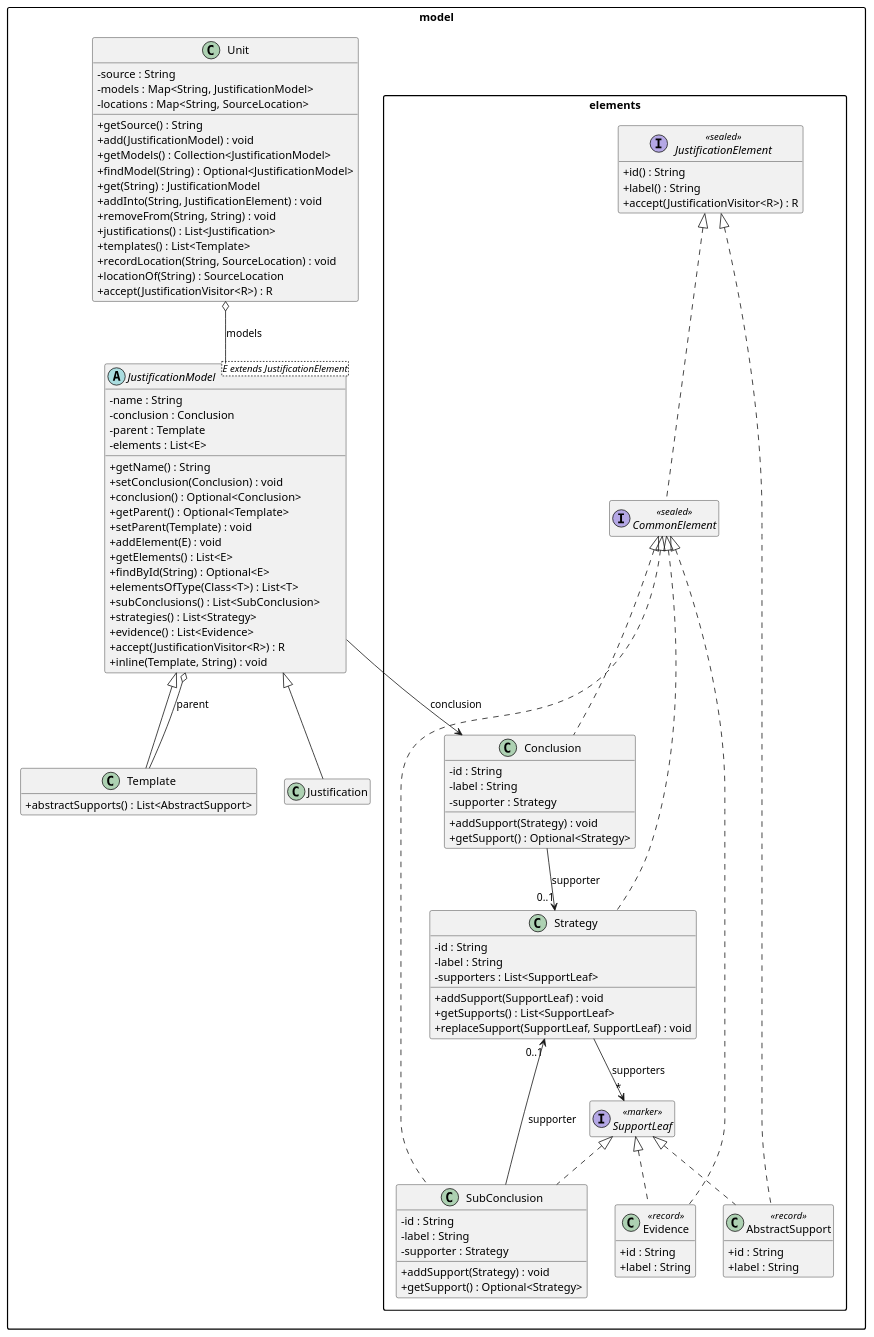
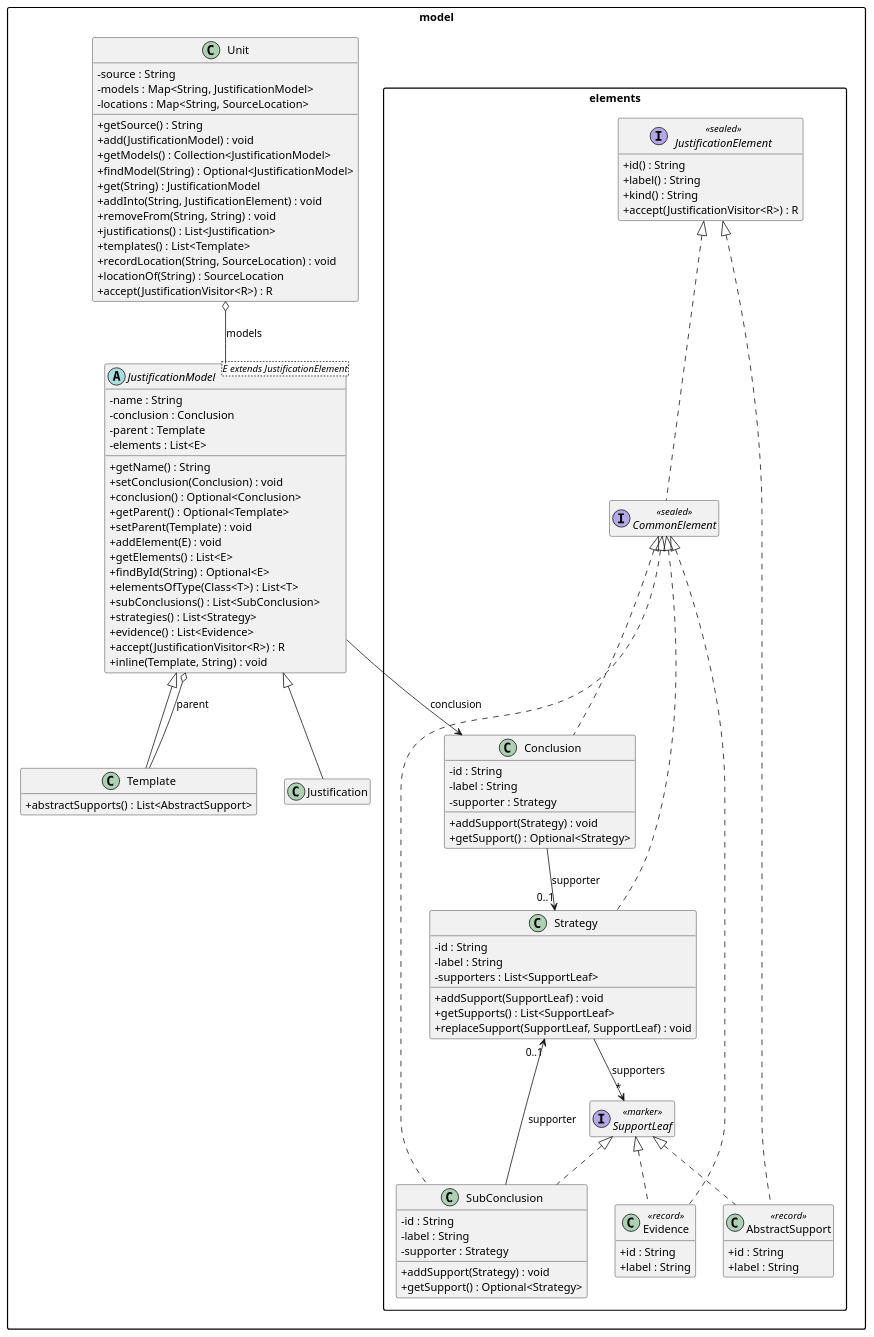
Before and after one commit to jpipe-mcscert/jpipe-compiler: the first of 3 diagrams in docs/design/model.md, drawn with PlantUML. The commit also changed 25 other files, not shown here.

```diff
--- a/docs/design/model.md
+++ b/docs/design/model.md
@@ -34,6 +34,7 @@
   interface JustificationElement <<sealed>> {
     + id() : String
     + label() : String
+    + kind() : String
     + accept(JustificationVisitor<R>) : R
   }
 
```
